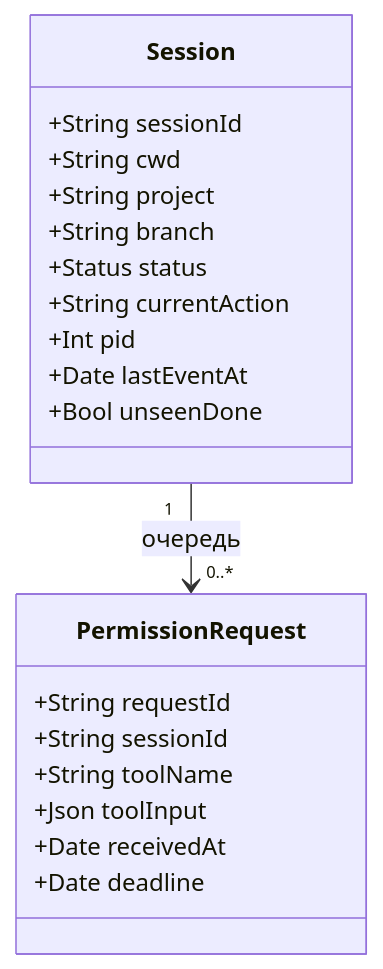
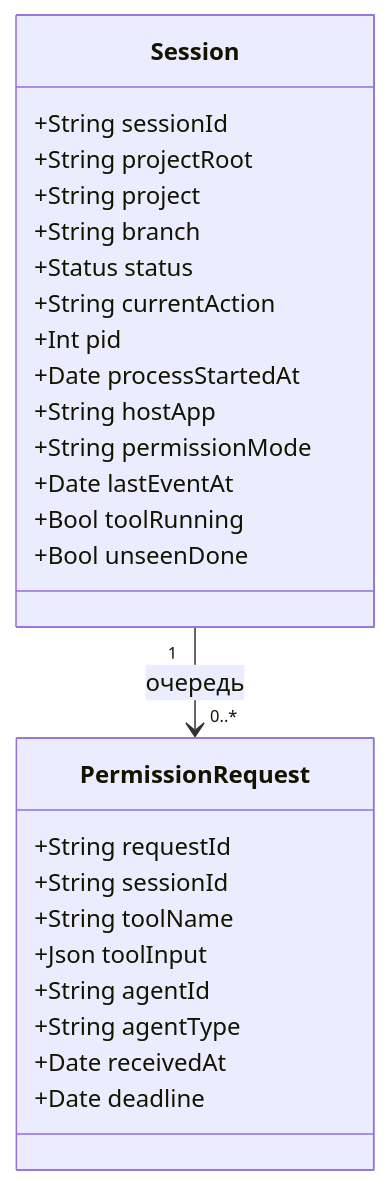
Before and after one commit to yerbo-t/topbar: the second of 2 diagrams in docs/specs/2026-11-03-topbar-mvp.md, drawn with Mermaid. The commit also changed other lines of this file and 2 other files, not shown here.

````diff
--- a/docs/specs/2026-11-03-topbar-mvp.md
+++ b/docs/specs/2026-11-03-topbar-mvp.md
@@ -157,23 +227,29 @@
 ```mermaid
 classDiagram
     class Session {
         +String sessionId
-        +String cwd
+        +String projectRoot
         +String project
         +String branch
         +Status status
         +String currentAction
         +Int pid
+        +Date processStartedAt
+        +String hostApp
+        +String permissionMode
         +Date lastEventAt
+        +Bool toolRunning
         +Bool unseenDone
     }
     class PermissionRequest {
         +String requestId
         +String sessionId
         +String toolName
         +Json toolInput
+        +String agentId
+        +String agentType
         +Date receivedAt
         +Date deadline
     }
     Session "1" --> "0..*" PermissionRequest : очередь
 ```
````
